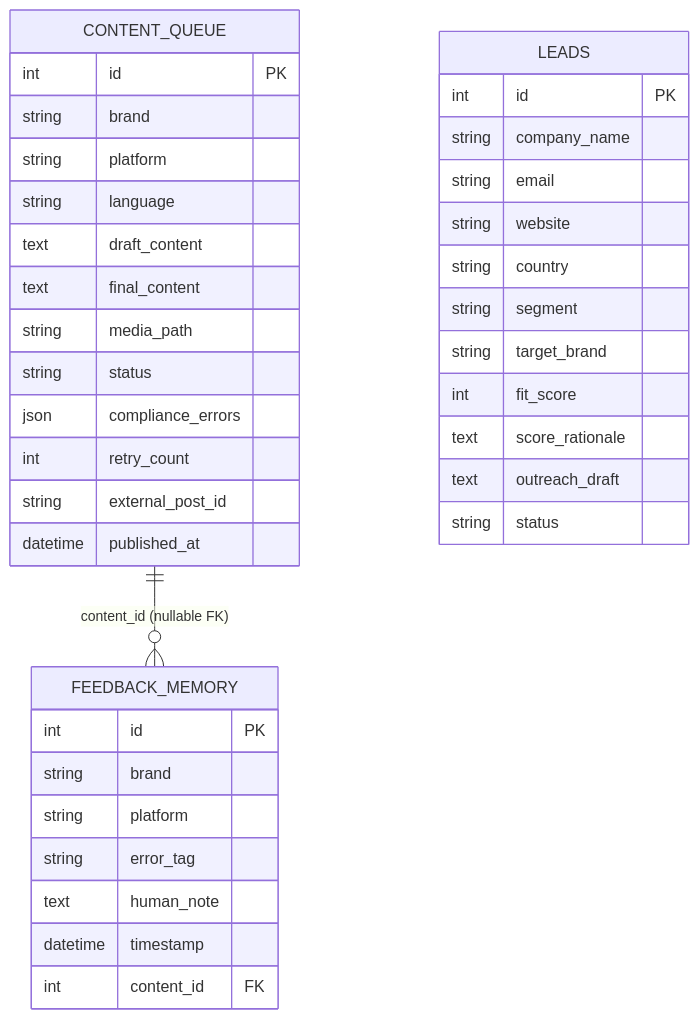
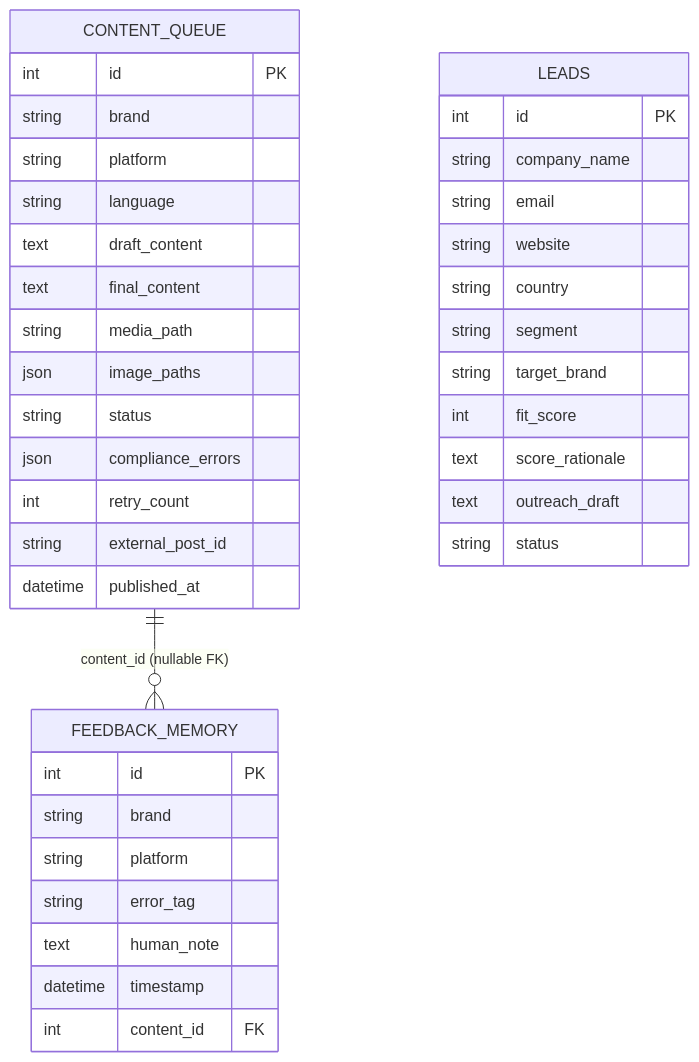
One commit to Prarabdha7/GCICI26 changed the fifth of 8 diagrams in docs/architecture.md. Above: the diagram before and after it, drawn with Mermaid. The commit also changed other lines of this file and 16 other files, not shown here.

````diff
--- a/docs/architecture.md
+++ b/docs/architecture.md
@@ -140,41 +157,42 @@
 ```mermaid
 erDiagram
     CONTENT_QUEUE ||--o{ FEEDBACK_MEMORY : "content_id (nullable FK)"
 
     CONTENT_QUEUE {
         int id PK
         string brand
         string platform
         string language
         text draft_content
         text final_content
         string media_path
+        json image_paths
         string status
         json compliance_errors
         int retry_count
         string external_post_id
         datetime published_at
     }
     FEEDBACK_MEMORY {
         int id PK
         string brand
         string platform
         string error_tag
         text human_note
         datetime timestamp
         int content_id FK
     }
     LEADS {
         int id PK
         string company_name
         string email
         string website
         string country
         string segment
         string target_brand
         int fit_score
         text score_rationale
         text outreach_draft
         string status
     }
 ```
````
